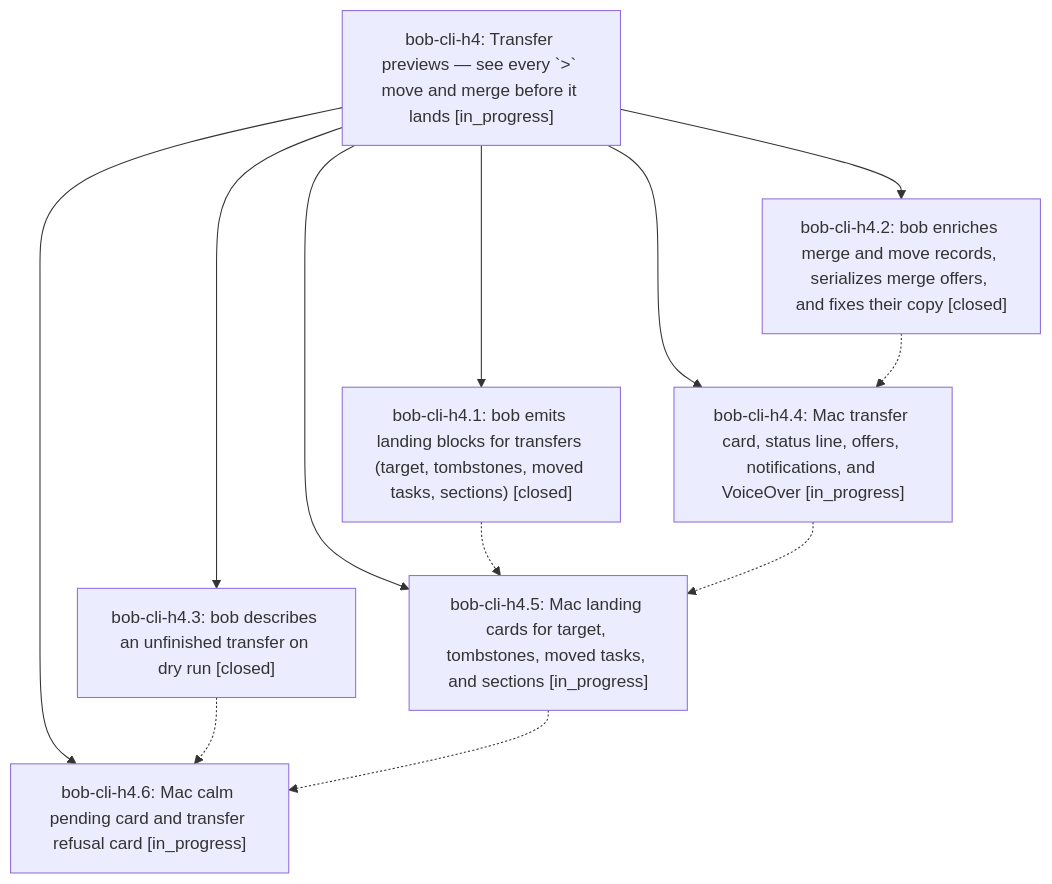
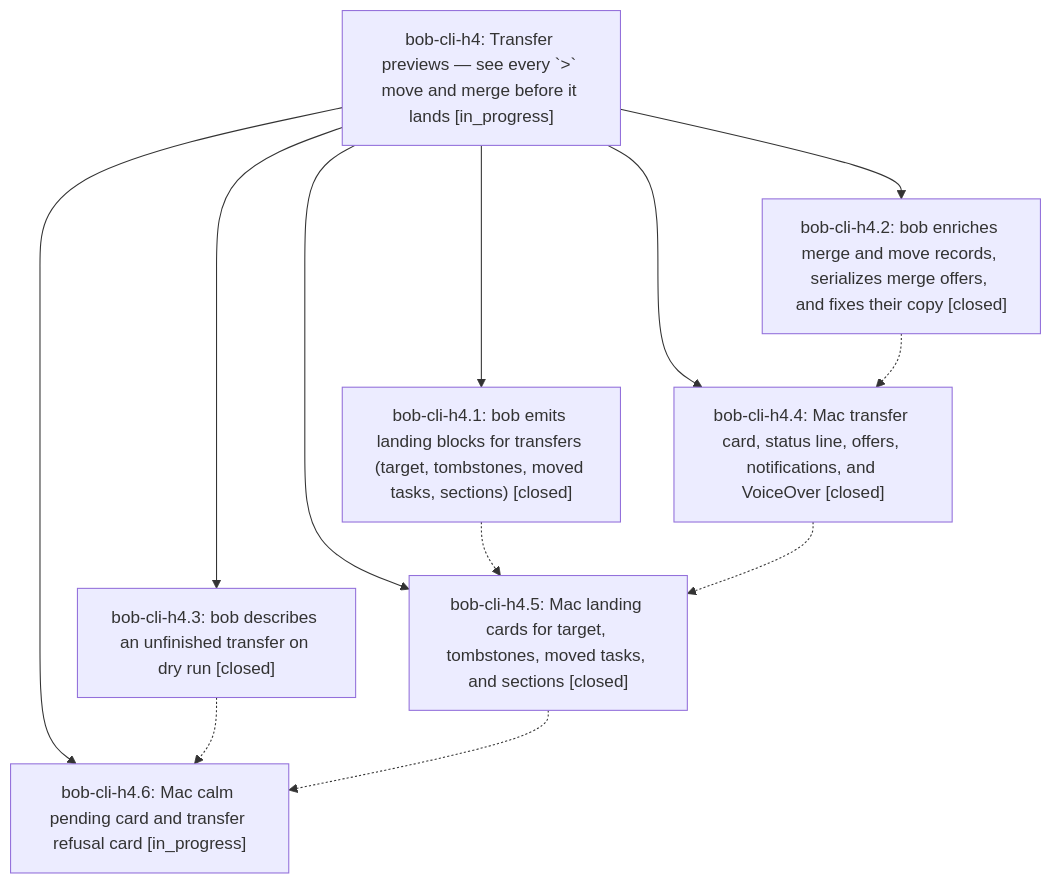
One commit to bobs-org/bob-cli--beads changed the diagram in pages/bob-cli-h4/README.md. Above: the diagram before and after it, drawn with Mermaid. The commit also changed other lines of this file and 5 other files, not shown here.

First line of the commit message:
chore(beads): sync bead state and pages for bob-cli-h4

````diff
--- a/pages/bob-cli-h4/README.md
+++ b/pages/bob-cli-h4/README.md
@@ -45,21 +45,21 @@
 ```mermaid
 flowchart TD
     n0["bob-cli-h4: Transfer previews — see every `&gt;` move and merge before it lands [in_progress]"]
     n1["bob-cli-h4.1: bob emits landing blocks for transfers (target, tombstones, moved tasks, sections) [closed]"]
     n2["bob-cli-h4.2: bob enriches merge and move records, serializes merge offers, and fixes their copy [closed]"]
     n3["bob-cli-h4.3: bob describes an unfinished transfer on dry run [closed]"]
-    n4["bob-cli-h4.4: Mac transfer card, status line, offers, notifications, and VoiceOver [in_progress]"]
-    n5["bob-cli-h4.5: Mac landing cards for target, tombstones, moved tasks, and sections [in_progress]"]
+    n4["bob-cli-h4.4: Mac transfer card, status line, offers, notifications, and VoiceOver [closed]"]
+    n5["bob-cli-h4.5: Mac landing cards for target, tombstones, moved tasks, and sections [closed]"]
     n6["bob-cli-h4.6: Mac calm pending card and transfer refusal card [in_progress]"]
     n0 --> n1
     n0 --> n2
     n0 --> n3
     n0 --> n4
     n0 --> n5
     n0 --> n6
     n1 -.-> n5
     n2 -.-> n4
     n3 -.-> n6
     n4 -.-> n5
     n5 -.-> n6
 ```
````
